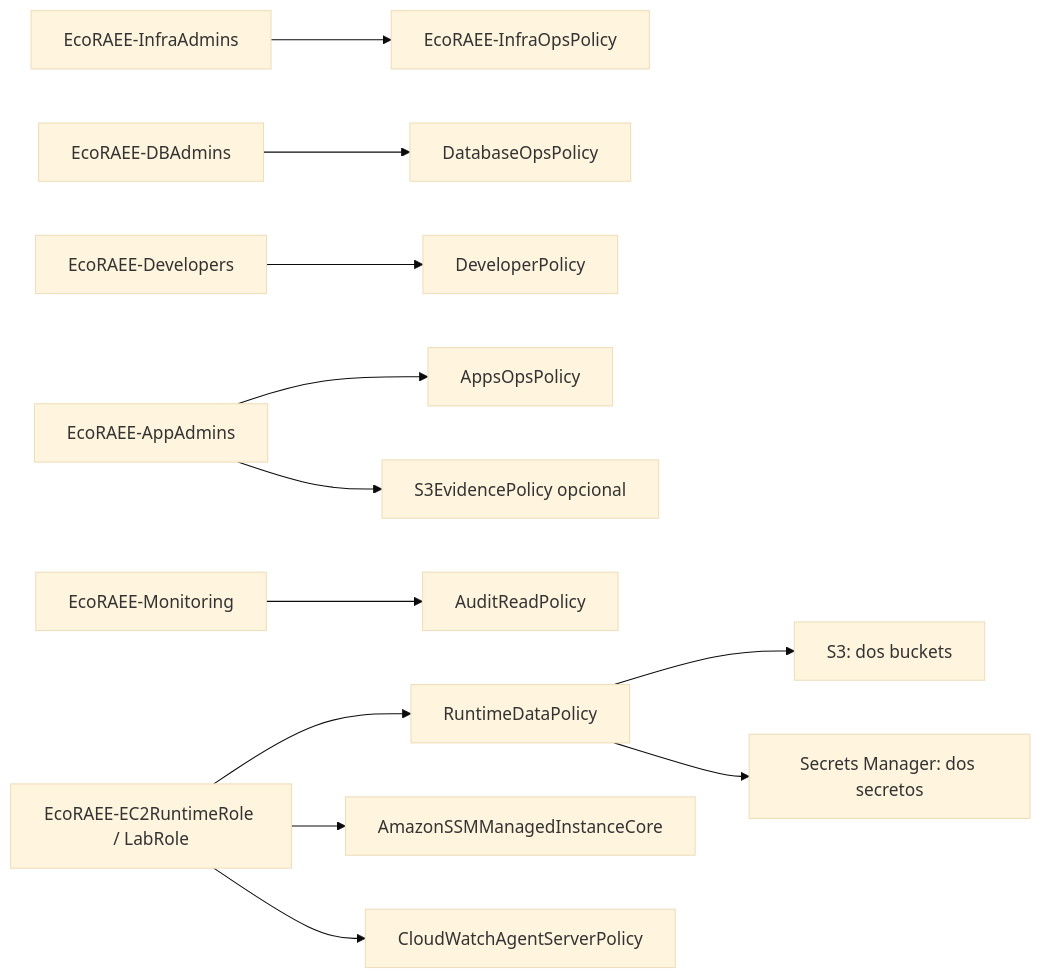
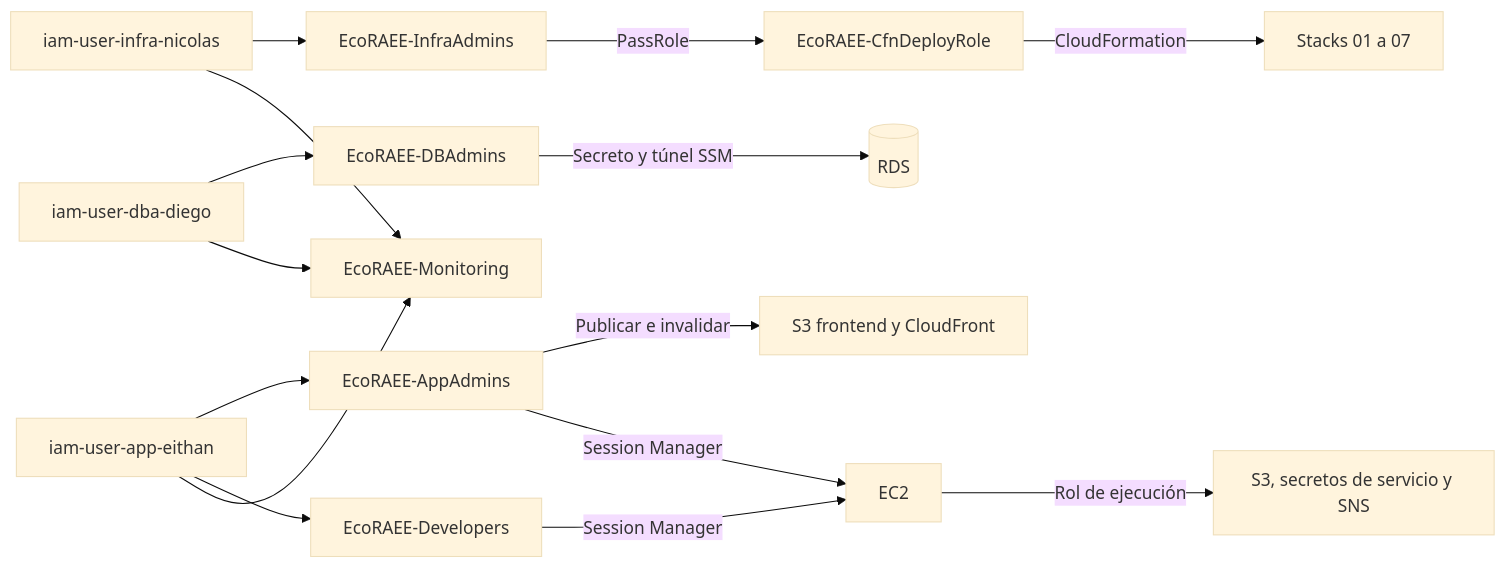
The diagram in docs/aws/iam.mmd (MasterPieceDR/ECORAE-CLOUD), drawn with Mermaid (base theme) before and after one commit. The commit also changed 20 other files, not shown here.

Commit message:
Correcciones previas al despliegue en AWS: SNS de eventos, plantilla IAM, migracion completa y cuenta propia en us-east-2

```diff
--- a/docs/aws/iam.mmd
+++ b/docs/aws/iam.mmd
@@ -1,12 +1,15 @@
 flowchart LR
-  Infra[EcoRAEE-InfraAdmins] --> InfraOps[EcoRAEE-InfraOpsPolicy]
-  DB[EcoRAEE-DBAdmins] --> DBOps[DatabaseOpsPolicy]
-  App[EcoRAEE-AppAdmins] --> AppOps[AppsOpsPolicy]
-  Dev[EcoRAEE-Developers] --> Developer[DeveloperPolicy]
-  Mon[EcoRAEE-Monitoring] --> Audit[AuditReadPolicy]
-  App --> Evidence[S3EvidencePolicy opcional]
-  EC2[EcoRAEE-EC2RuntimeRole / LabRole] --> Runtime[RuntimeDataPolicy]
-  EC2 --> SSM[AmazonSSMManagedInstanceCore]
-  EC2 --> CW[CloudWatchAgentServerPolicy]
-  Runtime --> B[S3: dos buckets]
-  Runtime --> SM[Secrets Manager: dos secretos]
+  N[iam-user-infra-nicolas] --> I[EcoRAEE-InfraAdmins]
+  D[iam-user-dba-diego] --> B[EcoRAEE-DBAdmins]
+  E[iam-user-app-eithan] --> A[EcoRAEE-AppAdmins]
+  E --> V[EcoRAEE-Developers]
+  N --> M[EcoRAEE-Monitoring]
+  D --> M
+  E --> M
+  I -->|PassRole| R[EcoRAEE-CfnDeployRole]
+  R -->|CloudFormation| S[Stacks 01 a 07]
+  B -->|Secreto y túnel SSM| DB[(RDS)]
+  A -->|Publicar e invalidar| F[S3 frontend y CloudFront]
+  A -->|Session Manager| EC[EC2]
+  V -->|Session Manager| EC
+  EC -->|Rol de ejecución| DATA[S3, secretos de servicio y SNS]
```
